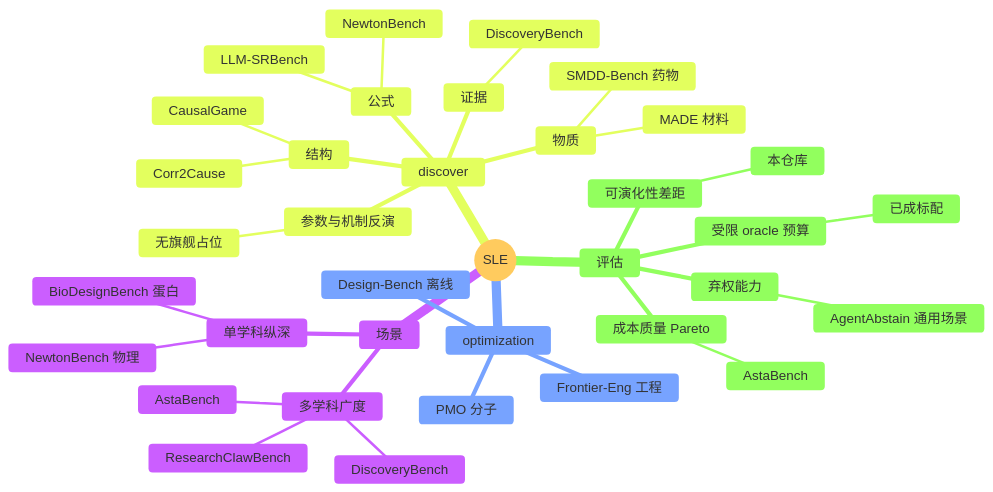
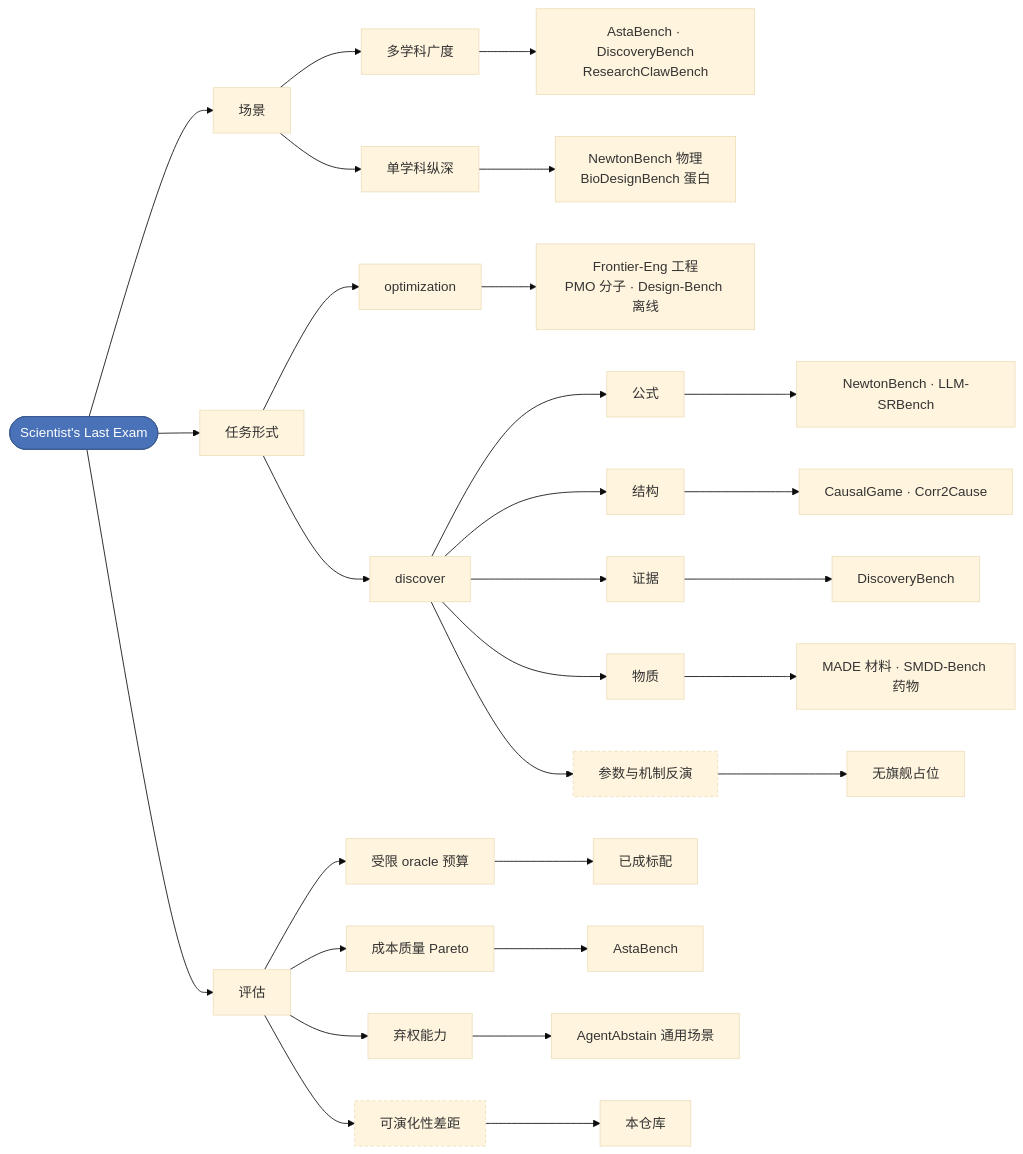
The diagram in README.md (Geniusyingmanji/ScientistsLastExam), drawn with Mermaid (base theme) before and after one commit.

Commit message:
use a flowchart, which GitHub renders, instead of a mindmap it does not

````diff
--- a/README.md
+++ b/README.md
@@ -10,39 +10,40 @@
 ```mermaid
-mindmap
-  root((SLE))
-    场景
-      多学科广度
-        AstaBench
-        DiscoveryBench
-        ResearchClawBench
-      单学科纵深
-        NewtonBench 物理
-        BioDesignBench 蛋白
-    optimization
-      Frontier-Eng 工程
-      PMO 分子
-      Design-Bench 离线
-    discover
-      公式
-        NewtonBench
-        LLM-SRBench
-      结构
-        CausalGame
-        Corr2Cause
-      证据
-        DiscoveryBench
-      物质
-        MADE 材料
-        SMDD-Bench 药物
-      参数与机制反演
-        无旗舰占位
-    评估
-      受限 oracle 预算
-        已成标配
-      成本质量 Pareto
-        AstaBench
-      弃权能力
-        AgentAbstain 通用场景
-      可演化性差距
-        本仓库
+flowchart LR
+  SLE(["Scientist's Last Exam"])
+
+  SLE --> SC[场景]
+  SLE --> TF[任务形式]
+  SLE --> EV[评估]
+
+  SC --> SC1[多学科广度]
+  SC1 --> SC1a[AstaBench · DiscoveryBench<br/>ResearchClawBench]
+  SC --> SC2[单学科纵深]
+  SC2 --> SC2a[NewtonBench 物理<br/>BioDesignBench 蛋白]
+
+  TF --> OP[optimization]
+  OP --> OPa[Frontier-Eng 工程<br/>PMO 分子 · Design-Bench 离线]
+  TF --> DI[discover]
+  DI --> D1[公式]
+  D1 --> D1a[NewtonBench · LLM-SRBench]
+  DI --> D2[结构]
+  D2 --> D2a[CausalGame · Corr2Cause]
+  DI --> D3[证据]
+  D3 --> D3a[DiscoveryBench]
+  DI --> D4[物质]
+  D4 --> D4a[MADE 材料 · SMDD-Bench 药物]
+  DI --> D5[参数与机制反演]
+  D5 --> D5a[无旗舰占位]
+
+  EV --> E1[受限 oracle 预算]
+  E1 --> E1a[已成标配]
+  EV --> E2[成本质量 Pareto]
+  E2 --> E2a[AstaBench]
+  EV --> E3[弃权能力]
+  E3 --> E3a[AgentAbstain 通用场景]
+  EV --> E4[可演化性差距]
+  E4 --> E4a[本仓库]
+
+  style SLE fill:#4a72b8,color:#fff,stroke:#39598f
+  style D5 stroke-dasharray: 4 3
+  style E4 stroke-dasharray: 4 3
 ```
````
